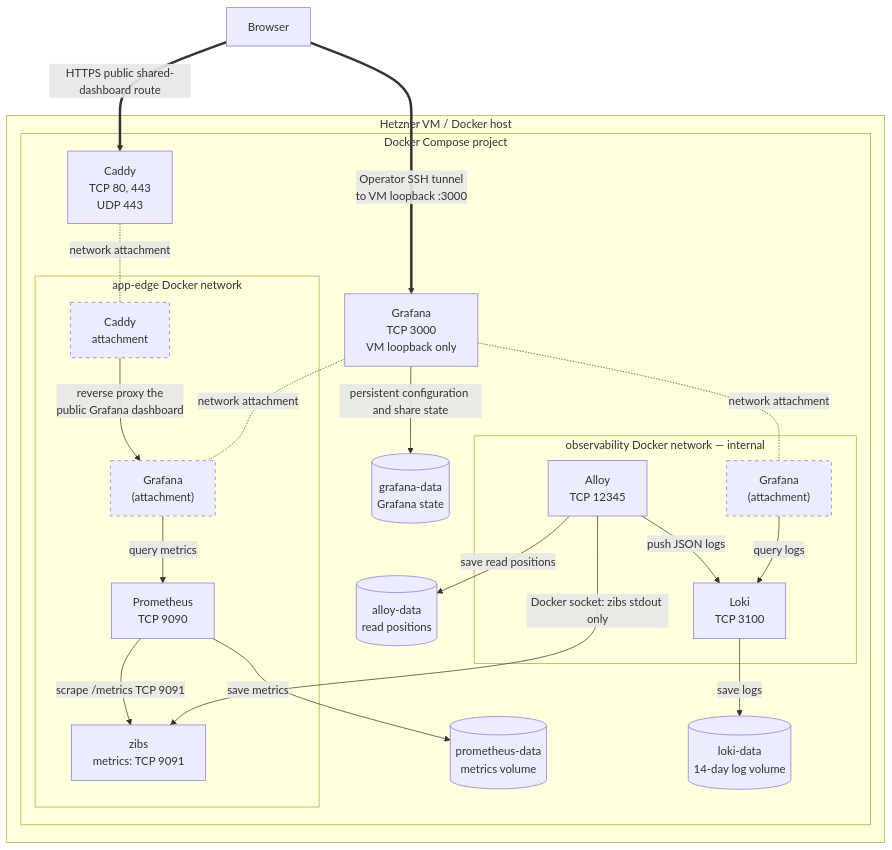
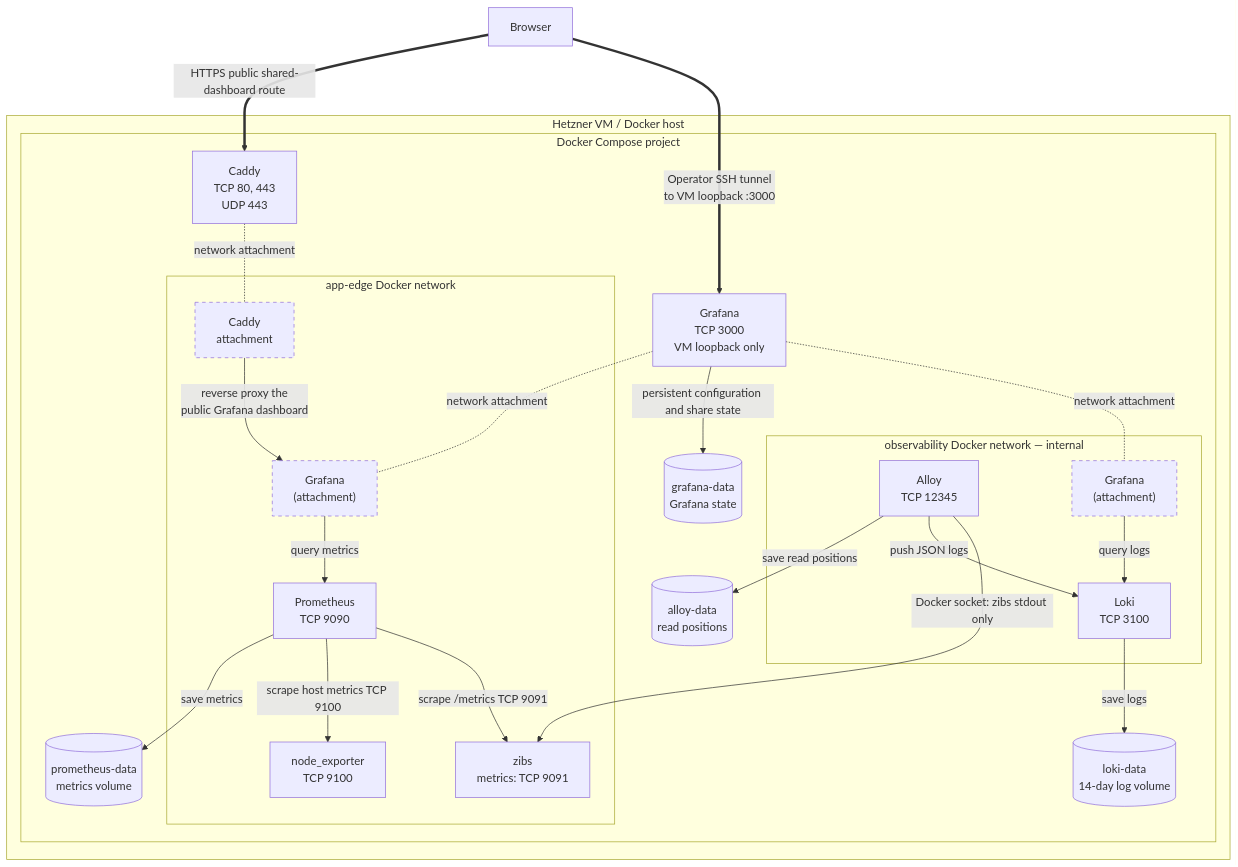
Before and after one commit to dvinubius/zibs: the diagram in docs/observability.md, drawn with Mermaid. The commit also changed other lines of this file and 7 other files, not shown here.

Commit message:
prometheus node_exporter added

````diff
--- a/docs/observability.md
+++ b/docs/observability.md
@@ -9,45 +9,47 @@
 ```mermaid
 flowchart TB
     browser[Browser]
 
     subgraph host[Hetzner VM / Docker host]
         subgraph compose[Docker Compose project]
             caddy[Caddy<br/>TCP 80, 443<br/>UDP 443]
             grafana[Grafana<br/>TCP 3000<br/>VM loopback only]
             subgraph edge[app-edge Docker network]
                 caddyAppEdge[Caddy<br/>attachment]
                 zibs[zibs<br/>metrics: TCP 9091]
                 prometheus[Prometheus<br/>TCP 9090]
+                nodeExporter[node_exporter<br/>TCP 9100]
                 grafanaAppEdge["Grafana<br/>(attachment)"]
             end
             subgraph observability[observability Docker network — internal]
                 loki[Loki<br/>TCP 3100]
                 alloy[Alloy<br/>TCP 12345]
                 grafanaObservability["Grafana<br/>(attachment)"]
             end
             prometheusData[(prometheus-data<br/>metrics volume)]
             lokiData[(loki-data<br/>14-day log volume)]
             alloyData[(alloy-data<br/>read positions)]
             grafanaData[(grafana-data<br/>Grafana state)]
         end
     end
 
     browser ==>|Operator SSH tunnel<br/>to VM loopback :3000| grafana
     browser ==>|HTTPS public shared-dashboard route| caddy
     caddyAppEdge -->|reverse proxy the<br/>public Grafana dashboard| grafanaAppEdge
     prometheus -->|scrape /metrics TCP 9091| zibs
+    prometheus -->|scrape host metrics TCP 9100| nodeExporter
     prometheus -->|save metrics| prometheusData
     alloy -->|Docker socket: zibs stdout only| zibs
     alloy -->|push JSON logs| loki
     alloy -->|save read positions| alloyData
     loki -->|save logs| lokiData
     caddy -.-|network attachment| caddyAppEdge
     grafana -.-|network attachment| grafanaAppEdge
     grafana -.-|network attachment| grafanaObservability
     grafanaAppEdge -->|query metrics| prometheus
     grafanaObservability -->|query logs| loki
     grafana -->|persistent configuration and share state| grafanaData
 
     classDef networkAttachment stroke-dasharray: 5 5;
     class caddyAppEdge,grafanaAppEdge,grafanaObservability networkAttachment;
 ```
````
